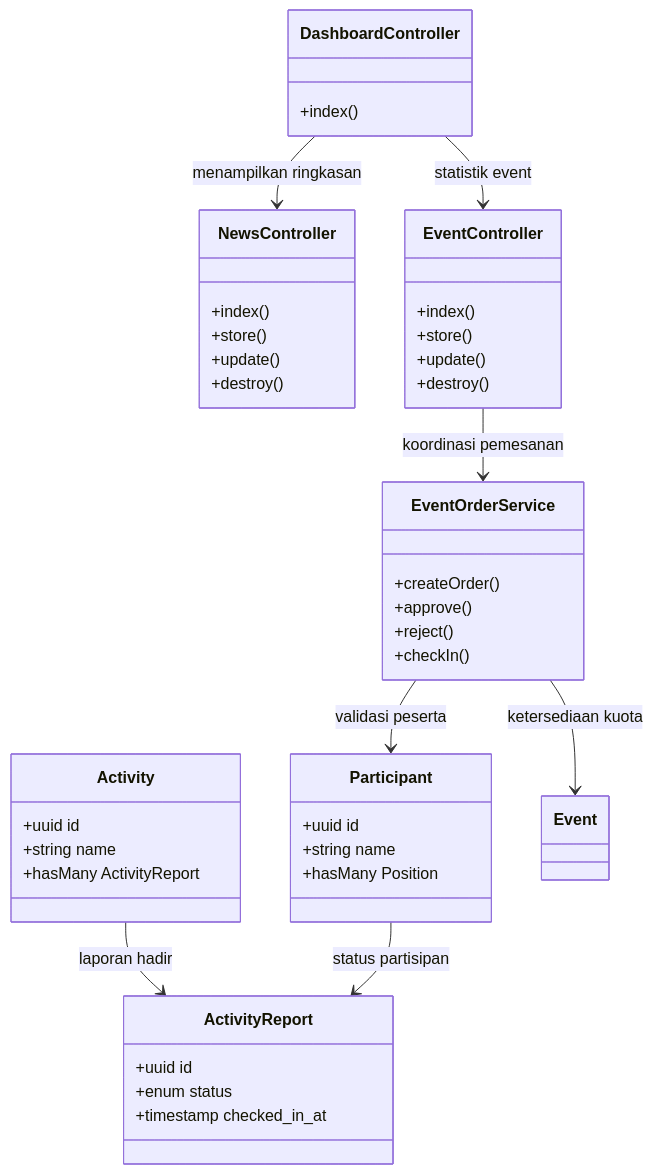
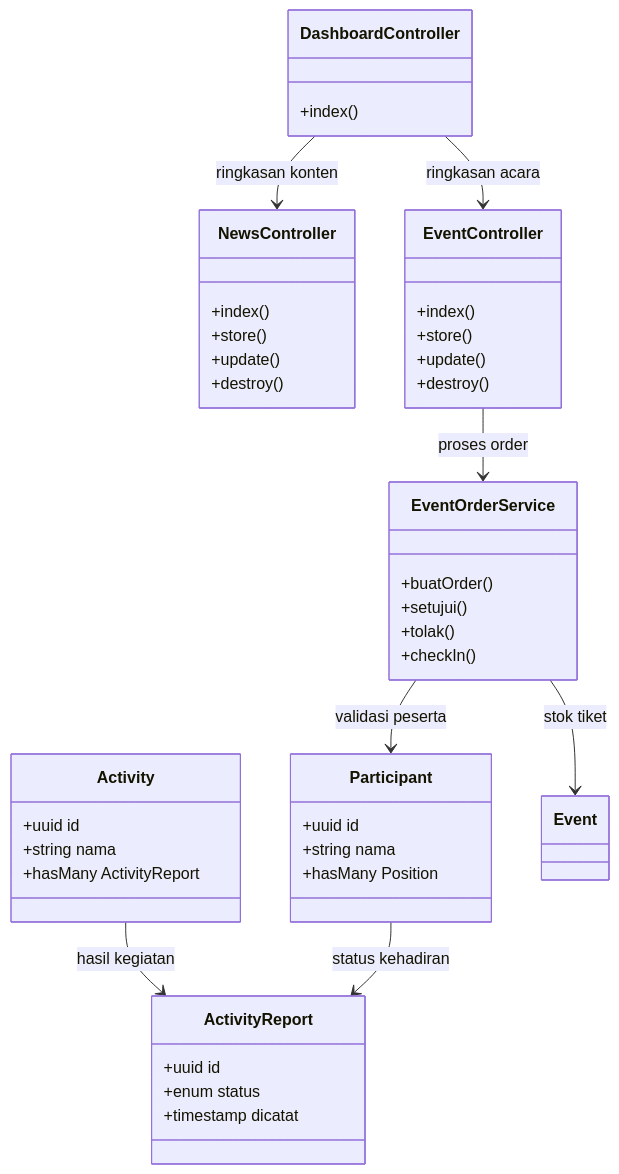
The third of 3 diagrams in README.md (rafpelmln/ukk-be), drawn with Mermaid before and after one commit. The commit also changed other lines of this file, not shown here.

````diff
--- a/README.md
+++ b/README.md
@@ -119,53 +118,53 @@
 ```mermaid
 classDiagram
     class DashboardController {
         +index()
     }
 
     class NewsController {
         +index()
         +store()
         +update()
         +destroy()
     }
 
     class EventController {
         +index()
         +store()
         +update()
         +destroy()
     }
 
     class EventOrderService {
-        +createOrder()
-        +approve()
-        +reject()
+        +buatOrder()
+        +setujui()
+        +tolak()
         +checkIn()
     }
 
     class Participant {
         +uuid id
-        +string name
+        +string nama
         +hasMany Position
     }
 
     class Activity {
         +uuid id
-        +string name
+        +string nama
         +hasMany ActivityReport
     }
 
     class ActivityReport {
         +uuid id
         +enum status
-        +timestamp checked_in_at
+        +timestamp dicatat
     }
 
-    DashboardController --> NewsController : menampilkan ringkasan
-    DashboardController --> EventController : statistik event
-    EventController --> EventOrderService : koordinasi pemesanan
+    DashboardController --> NewsController : ringkasan konten
+    DashboardController --> EventController : ringkasan acara
+    EventController --> EventOrderService : proses order
     EventOrderService --> Participant : validasi peserta
-    EventOrderService --> Event : ketersediaan kuota
-    Activity --> ActivityReport : laporan hadir
-    Participant --> ActivityReport : status partisipan
+    EventOrderService --> Event : stok tiket
+    Activity --> ActivityReport : hasil kegiatan
+    Participant --> ActivityReport : status kehadiran
 ```
````
